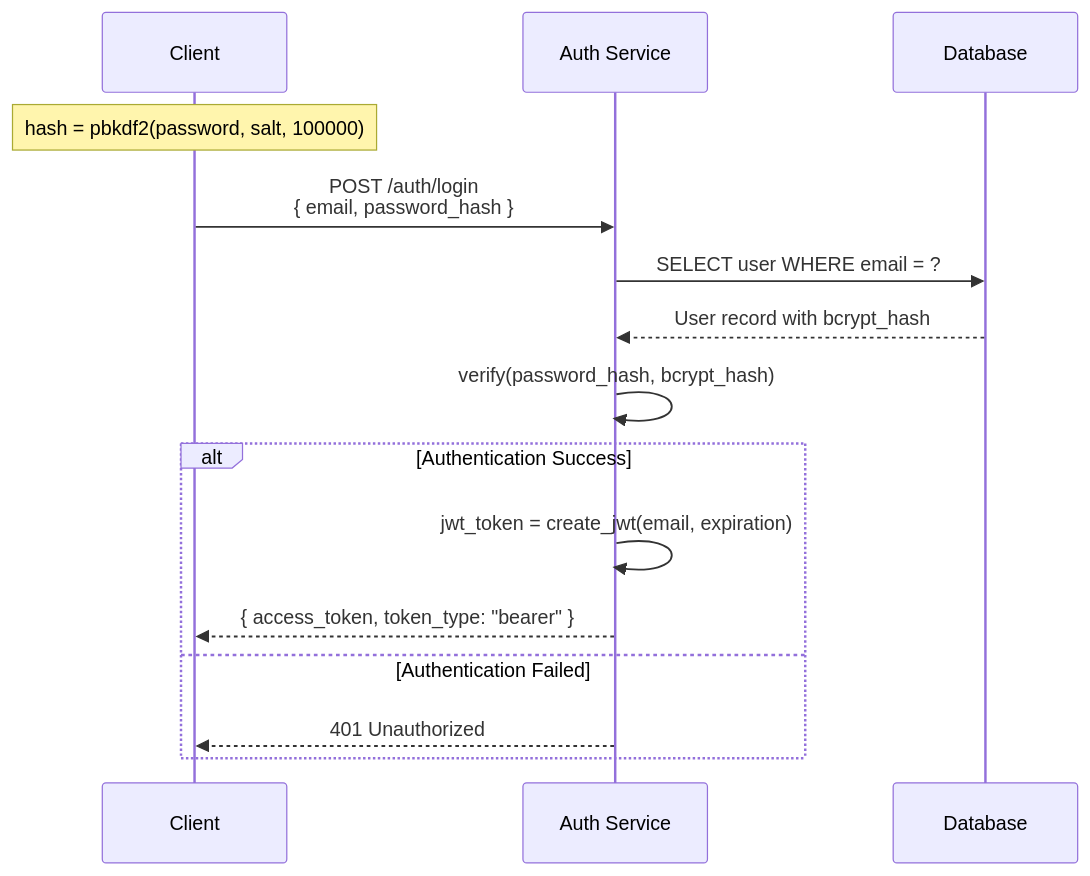
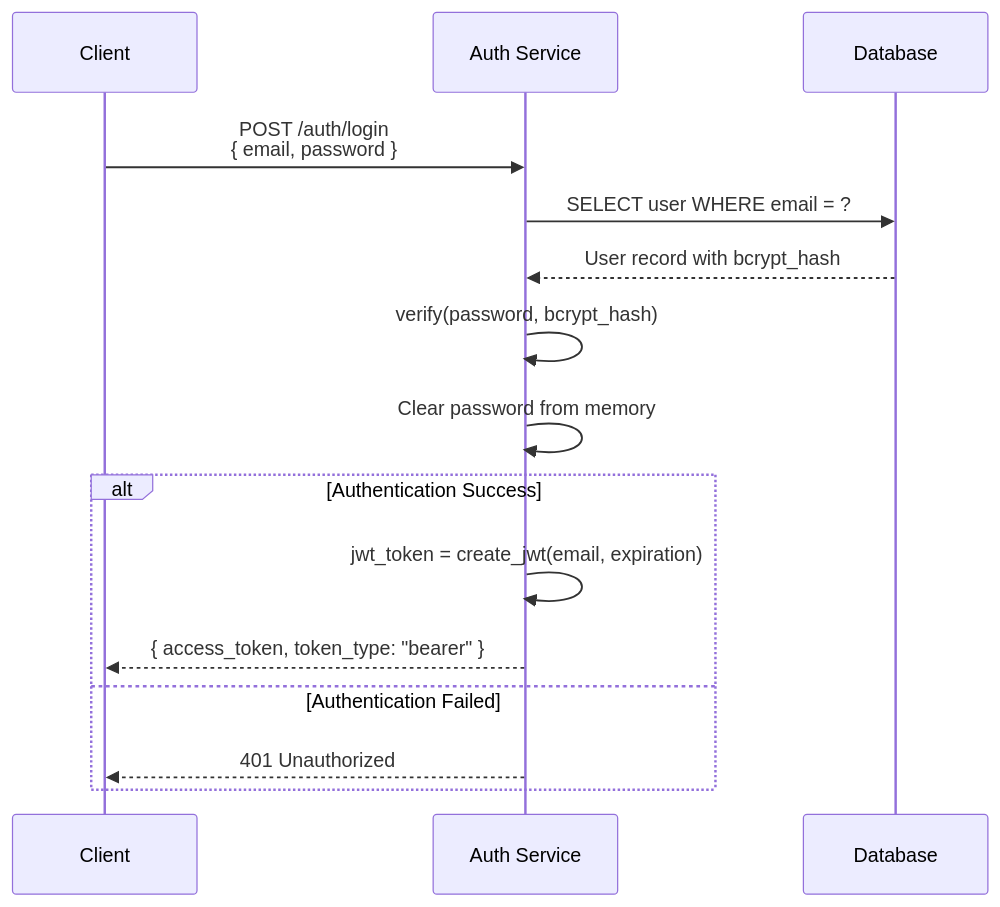
Before and after one commit to sudhan-m/munshi: the sixth of 7 diagrams in src/auth_service/README.md, drawn with Mermaid. The commit also changed other lines of this file and 13 other files, not shown here.

First line of the commit message:
Add HTTPS reverse proxy and update authentication flow

````diff
--- a/src/auth_service/README.md
+++ b/src/auth_service/README.md
@@ -642,23 +612,22 @@
 ```mermaid
 sequenceDiagram
     participant C as Client
     participant A as Auth Service
     participant D as Database
     
-    Note over C: hash = pbkdf2(password, salt, 100000)
-    
-    C->>A: POST /auth/login<br/>{ email, password_hash }
+    C->>A: POST /auth/login<br/>{ email, password }
     
     A->>D: SELECT user WHERE email = ?
     D-->>A: User record with bcrypt_hash
     
-    A->>A: verify(password_hash, bcrypt_hash)
+    A->>A: verify(password, bcrypt_hash)
+    A->>A: Clear password from memory
     
     alt Authentication Success
         A->>A: jwt_token = create_jwt(email, expiration)
         A-->>C: { access_token, token_type: "bearer" }
     else Authentication Failed
         A-->>C: 401 Unauthorized
     end
     
 ```
````
